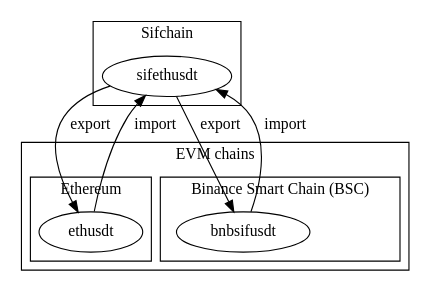
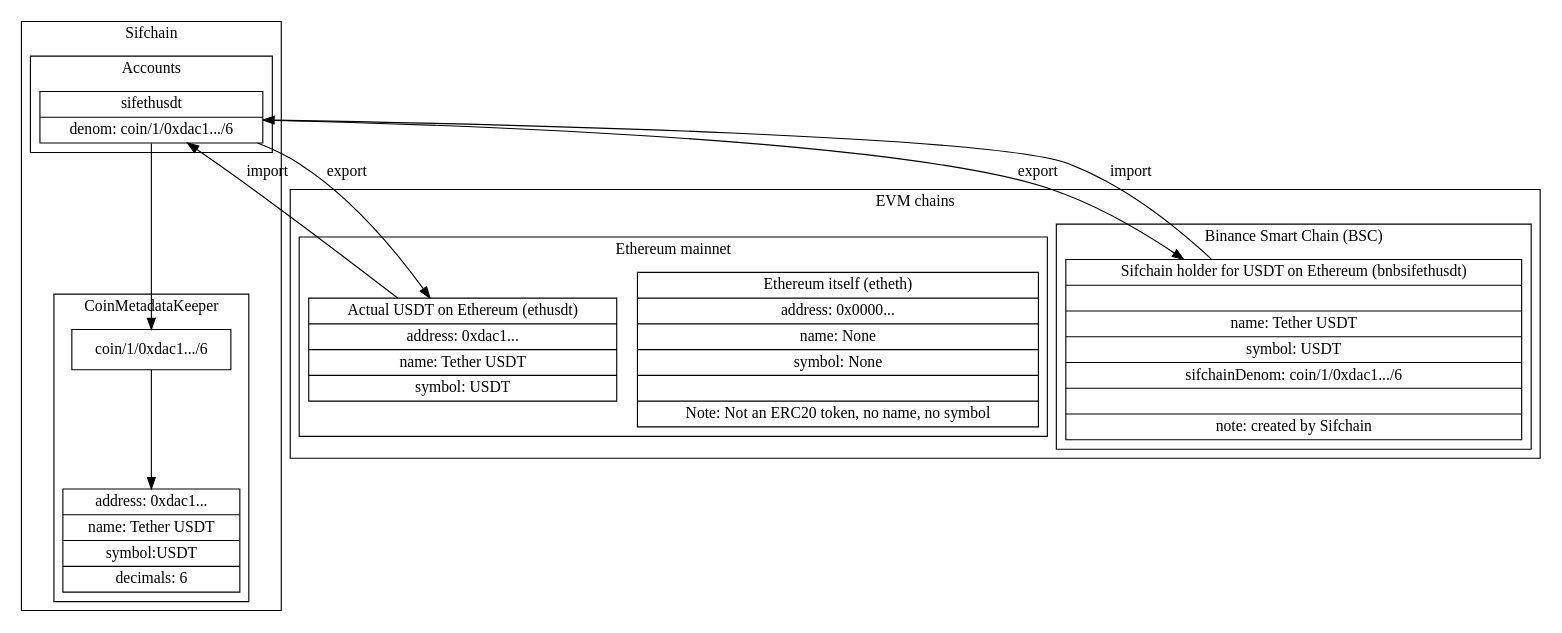
One commit to dolphintwo/sifnode changed the diagram in docs/peggy/tokenPaths.dot. Above: the diagram before and after it, drawn with Graphviz.

Commit message:
work in progress

```diff
--- a/docs/peggy/tokenPaths.dot
+++ b/docs/peggy/tokenPaths.dot
@@ -1,22 +1,41 @@
 digraph G {
+    node [
+        shape = "record"
+    ]
+
     subgraph cluster_sifchain {
         label="Sifchain"
-        sifethusdt
+        subgraph cluster_coins {
+            label="Accounts"
+            sifethusdt [label="{sifethusdt|denom: coin/1/0xdac1.../6}"]
+        }
+
+        subgraph cluster_coinmetadatakeeper {
+            label="CoinMetadataKeeper"
+            sifethusdtdenom [label="coin/1/0xdac1.../6}"]
+            sifethusdtmetdata [label="{address: 0xdac1...|name: Tether USDT|symbol:USDT|decimals: 6}"]
+            sifethusdtdenom -> sifethusdtmetdata
+            sifethusdt -> sifethusdtdenom
+        }
     }
     subgraph cluster_evm {
         label="EVM chains"
         subgraph cluster_etherum {
-            label="Ethereum"
+            label="Ethereum mainnet"
+            etheth
             ethusdt
         }
         subgraph cluster_bsc {
             label="Binance Smart Chain (BSC)"
-            bnbsifusdt
+            bnbsifethusdt
         }
     }
 
+    etheth [label="{Ethereum itself (etheth)|address: 0x0000...|name: None|symbol: None||Note: Not an ERC20 token, no name, no symbol}"]
+    ethusdt [label="{Actual USDT on Ethereum (ethusdt)|address: 0xdac1...|name: Tether USDT|symbol: USDT}"]
+    bnbsifethusdt [label="{Sifchain holder for USDT on Ethereum (bnbsifethusdt)||name: Tether USDT|symbol: USDT|sifchainDenom: coin/1/0xdac1.../6||note: created by Sifchain}"]
     ethusdt -> sifethusdt [label="import"]
-    sifethusdt -> bnbsifusdt [label="export"]
+    sifethusdt -> bnbsifethusdt [label="export"]
     sifethusdt -> ethusdt [label="export"]
-    bnbsifusdt -> sifethusdt [label="import"]
+    bnbsifethusdt -> sifethusdt [label="import"]
 }
```
